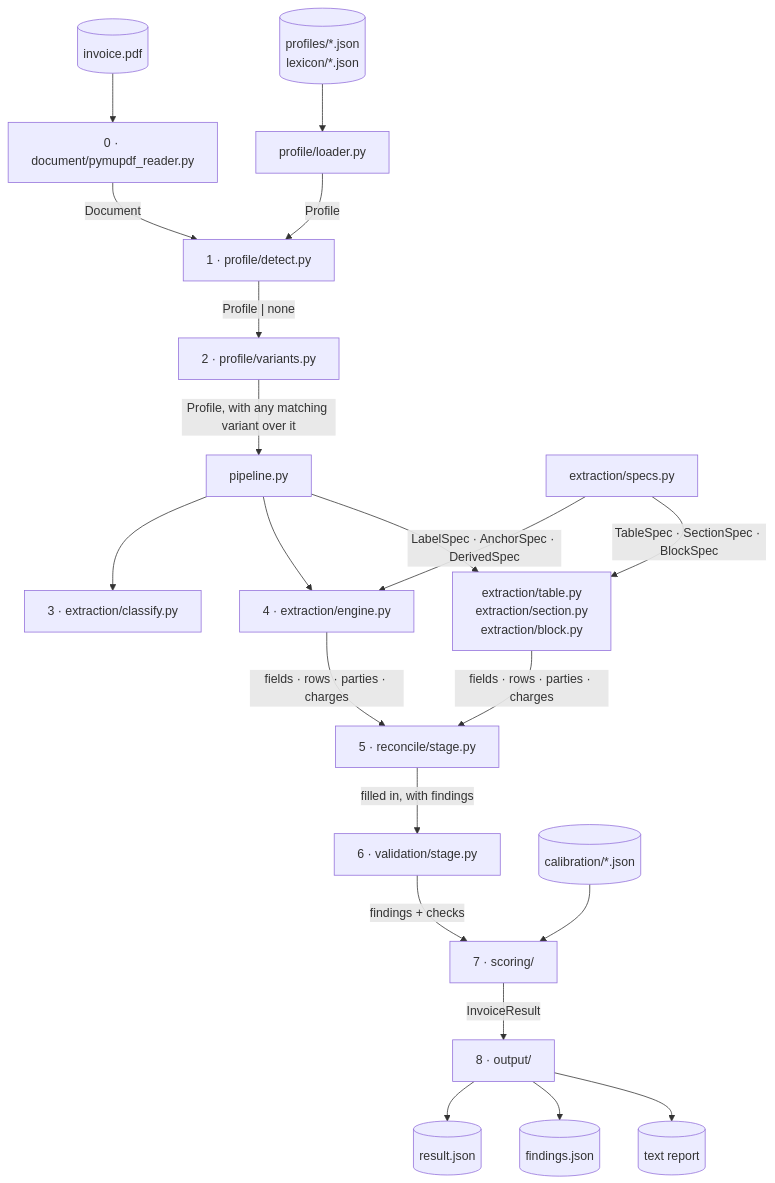
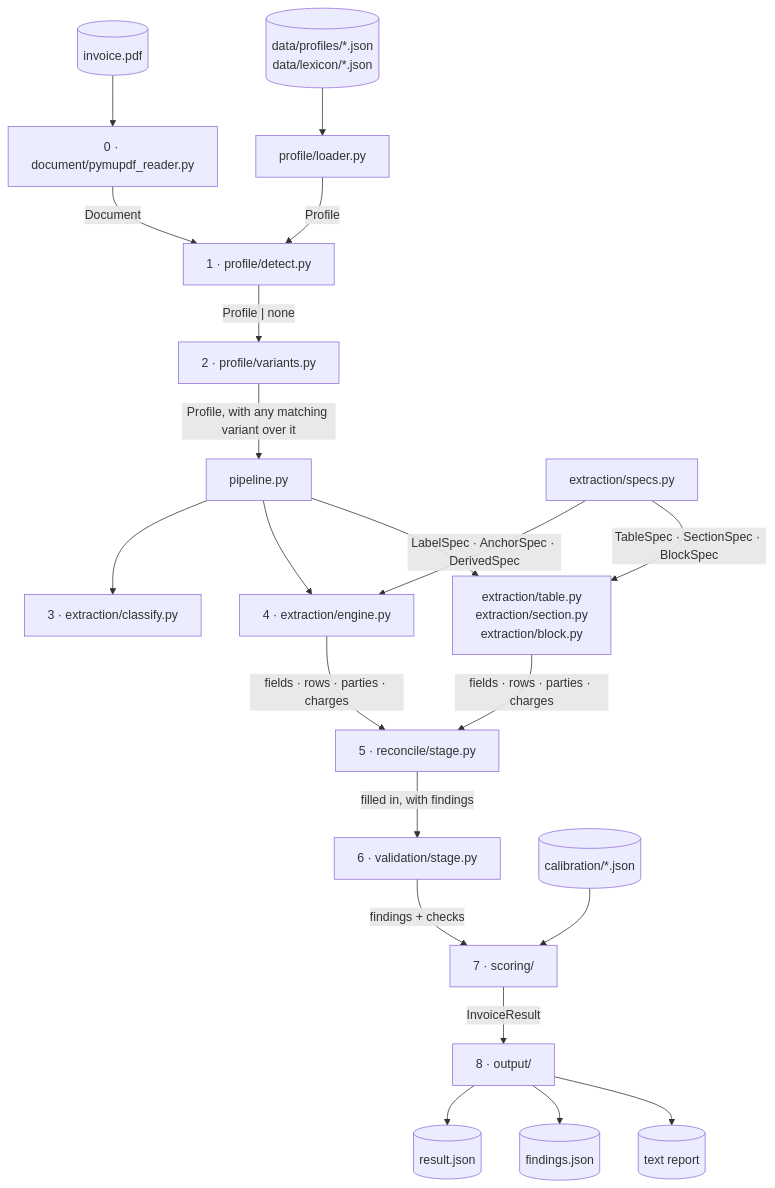
Before and after one commit to lorenzo265/Invoice_Extract: the first of 3 diagrams in docs/ARCHITECTURE.md, drawn with Mermaid. The commit also changed other lines of this file and 75 other files, not shown here.

````diff
--- a/docs/ARCHITECTURE.md
+++ b/docs/ARCHITECTURE.md
@@ -38,22 +39,22 @@
 ```mermaid
 flowchart TD
     PDF[("invoice.pdf")] --> READ["0 · document/pymupdf_reader.py"]
     READ -->|"Document"| DETECT["1 · profile/detect.py"]
-    PROFILES[("profiles/*.json<br/>lexicon/*.json")] --> LOADER["profile/loader.py"]
+    PROFILES[("data/profiles/*.json<br/>data/lexicon/*.json")] --> LOADER["profile/loader.py"]
     LOADER -->|"Profile"| DETECT
     DETECT -->|"Profile | none"| VARIANT["2 · profile/variants.py"]
     VARIANT -->|"Profile, with any matching variant over it"| PIPE["pipeline.py"]
     PIPE --> CLASSIFY["3 · extraction/classify.py"]
     PIPE --> ENGINE["4 · extraction/engine.py"]
     SPECS["extraction/specs.py"] -->|"LabelSpec · AnchorSpec · DerivedSpec"| ENGINE
     SPECS -->|"TableSpec · SectionSpec · BlockSpec"| READERS["extraction/table.py<br/>extraction/section.py<br/>extraction/block.py"]
     PIPE --> READERS
     ENGINE & READERS -->|"fields · rows · parties · charges"| RECONCILE["5 · reconcile/stage.py"]
     RECONCILE -->|"filled in, with findings"| VALIDATE["6 · validation/stage.py"]
     VALIDATE -->|"findings + checks"| SCORE["7 · scoring/"]
     CAL[("calibration/*.json")] --> SCORE
     SCORE -->|"InvoiceResult"| EMIT["8 · output/"]
     EMIT --> OUT1[("result.json")]
     EMIT --> OUT2[("findings.json")]
     EMIT --> OUT3[("text report")]
 ```
````
